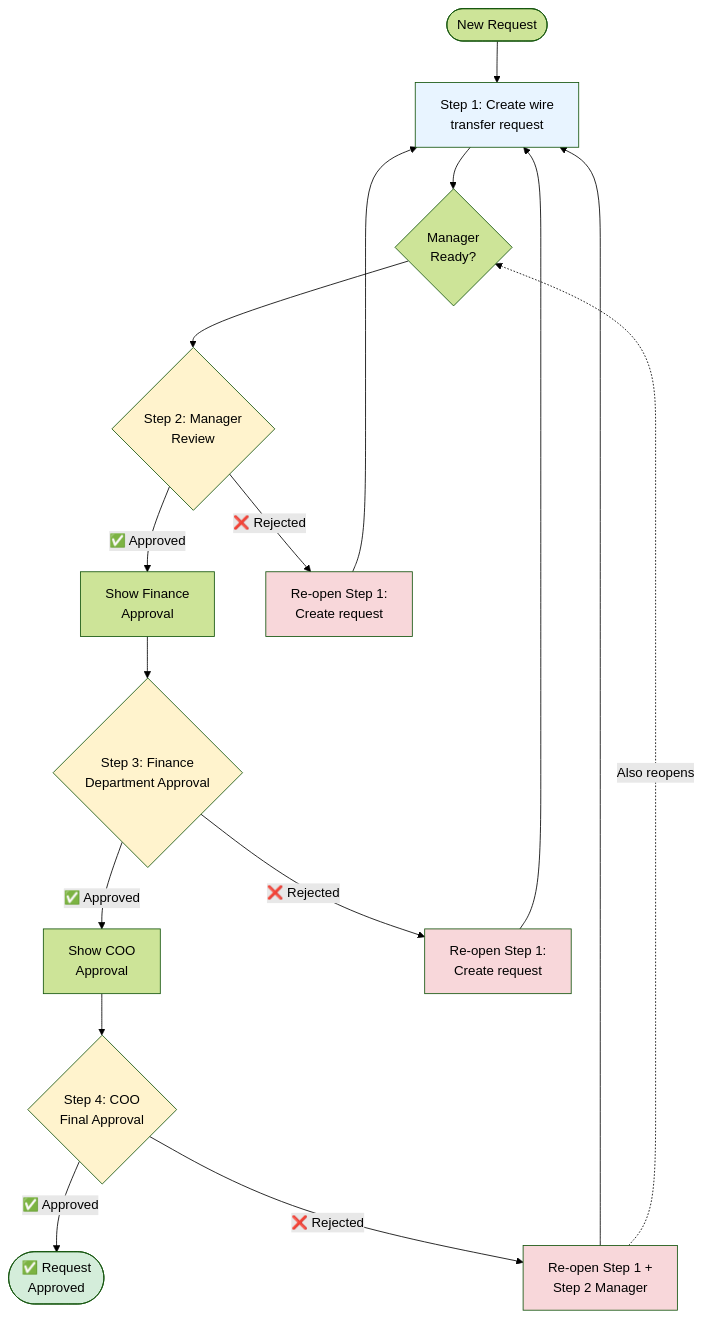
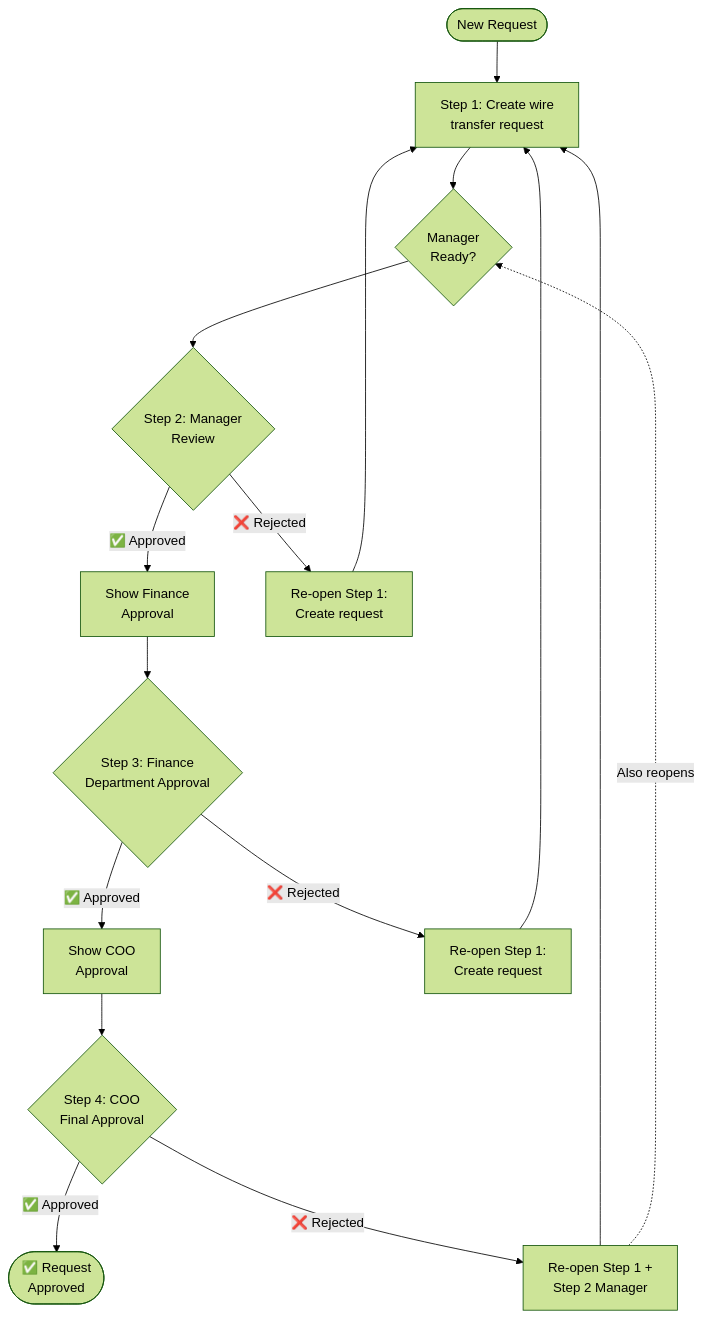
The first of 3 diagrams in src/content/docs/pro/documenting/templates/automations/examples/multi-level-approval-loops.mdx (tallyfy/documentation), drawn with Mermaid (forest theme) before and after one commit. The commit also changed other lines of this file and 13 other files, not shown here.

First line of the commit message:
Remove style directives from Mermaid diagrams across documentation

````diff
--- a/src/content/docs/pro/documenting/templates/automations/examples/multi-level-approval-loops.mdx
+++ b/src/content/docs/pro/documenting/templates/automations/examples/multi-level-approval-loops.mdx
@@ -31,35 +31,27 @@
 ```mermaid
 flowchart TD
     Start([New Request]) --> Create[Step 1: Create wire<br/>transfer request]
     Create --> ManagerReady{Manager<br/>Ready?}
     
     ManagerReady --> Manager{Step 2: Manager<br/>Review}
     Manager -->|✅ Approved| FinanceShow[Show Finance<br/>Approval]
     Manager -->|❌ Rejected| ReOpen1[Re-open Step 1:<br/>Create request]
     
     FinanceShow --> Finance{Step 3: Finance<br/>Department Approval}
     Finance -->|✅ Approved| COOShow[Show COO<br/>Approval]
     Finance -->|❌ Rejected| ReOpen2[Re-open Step 1:<br/>Create request]
     
     COOShow --> COO{Step 4: COO<br/>Final Approval}
     COO -->|✅ Approved| Complete([✅ Request<br/>Approved])
     COO -->|❌ Rejected| ReOpen3[Re-open Step 1 +<br/>Step 2 Manager]
     
     ReOpen1 --> Create
     ReOpen2 --> Create
     ReOpen3 --> Create
     ReOpen3 -.->|Also reopens| ManagerReady
     
-    style Create fill:#E8F4FF
-    style Manager fill:#FFF3CD
-    style Finance fill:#FFF3CD
-    style COO fill:#FFF3CD
-    style Complete fill:#D4EDDA
-    style ReOpen1 fill:#F8D7DA
-    style ReOpen2 fill:#F8D7DA
-    style ReOpen3 fill:#F8D7DA
     
     click Manager "/products/pro/documenting/templates/automations/actions/status-actions/" "Learn about status actions for re-opening tasks"
     click Finance "/products/pro/documenting/templates/automations/actions/visibility-actions/" "Learn about visibility rules for approval flow"
     click COO "/products/pro/tutorials/how-to/track-and-run-complex-approval-workflows/" "See complex approval workflow patterns"
 ```
````
